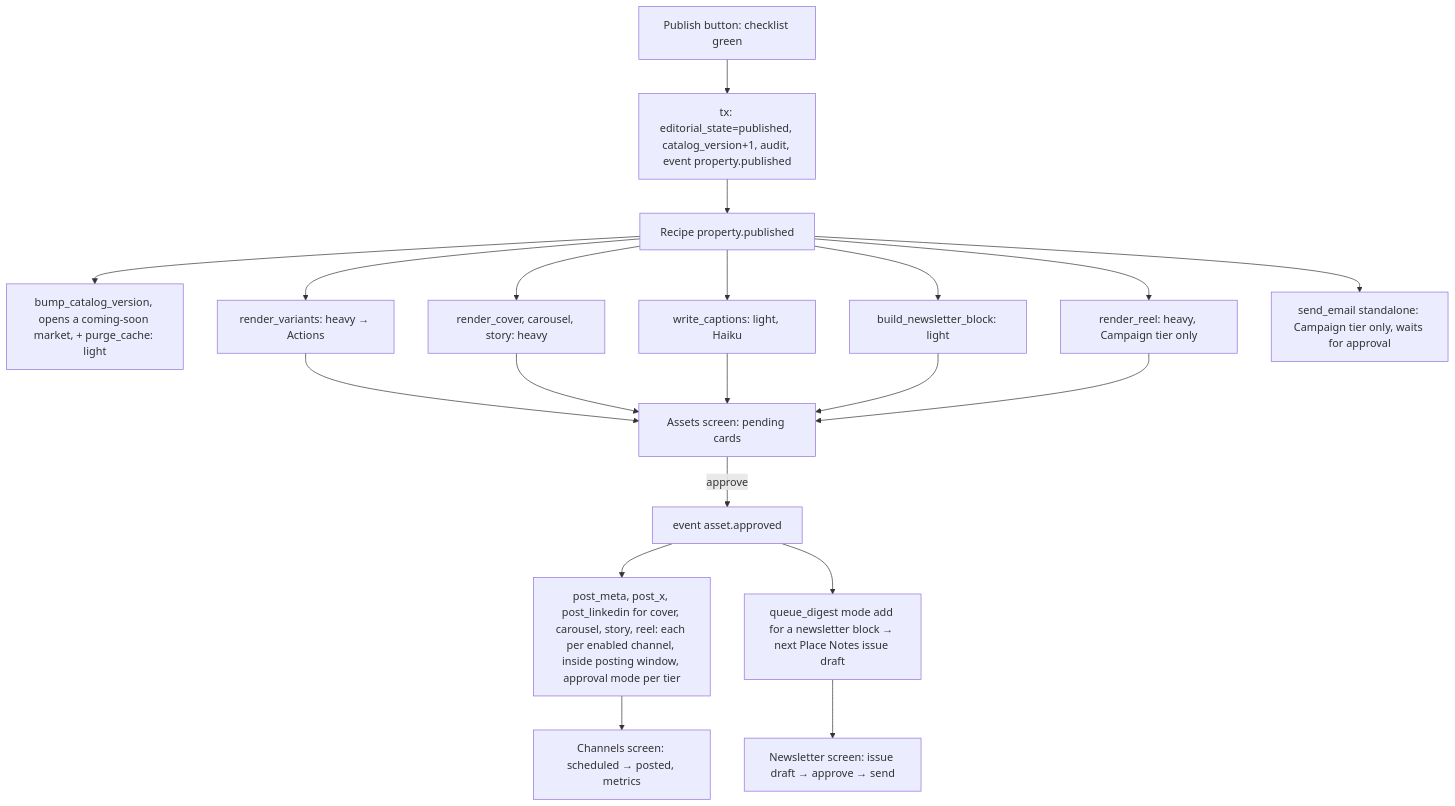
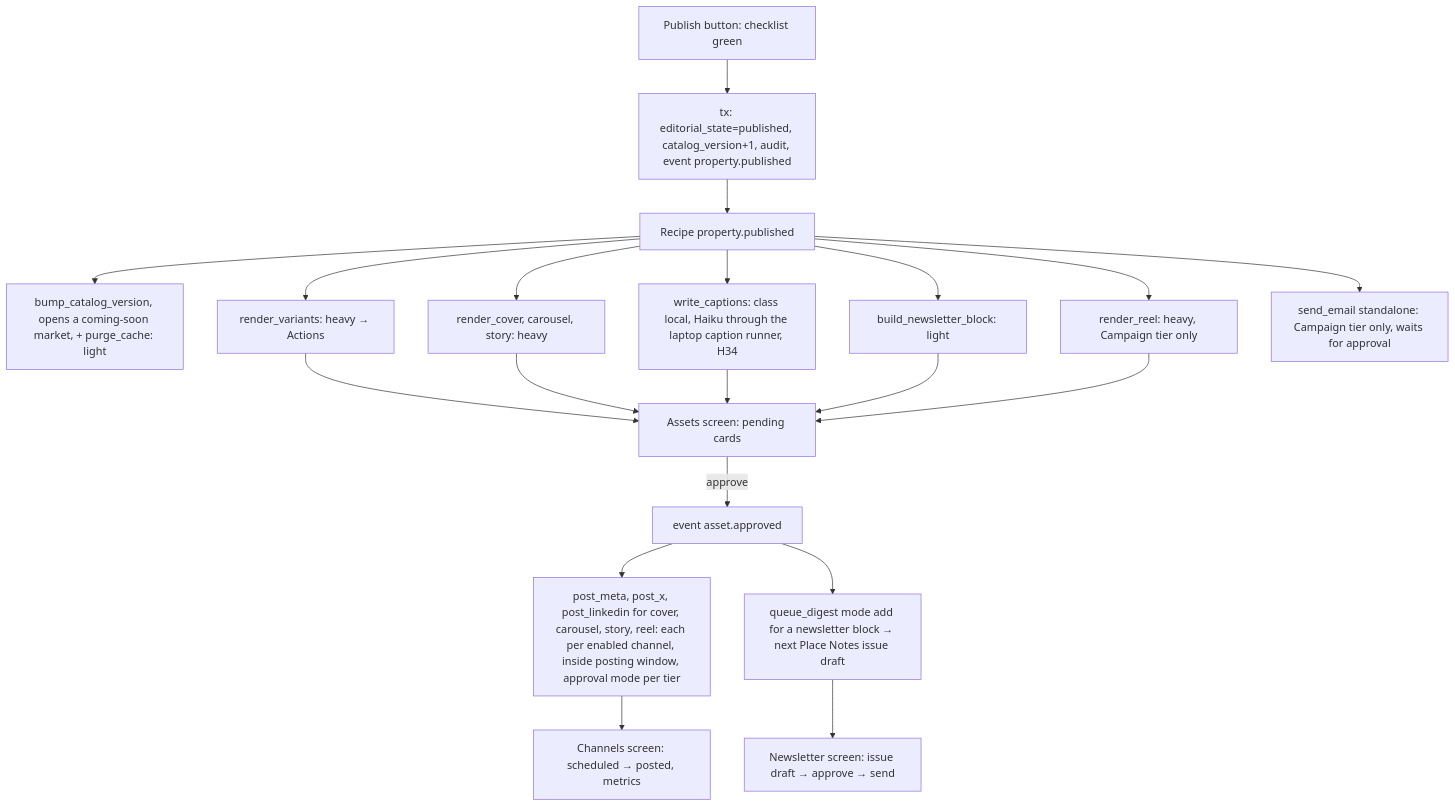
The third of 3 diagrams in workspace/03-diagrams/admin-screens.md (AbdulrahmanAmer/matter-of-place), drawn with Mermaid before and after one commit. The commit also changed other lines of this file and 84 other files, not shown here.

First line of the commit message:
Plans rewritten for three operator decisions: no R2 (Supabase Storage, /media route), captions through the laptop runner, one database with a launch switch; rulings H33 to H37; own files in line

````diff
--- a/workspace/03-diagrams/admin-screens.md
+++ b/workspace/03-diagrams/admin-screens.md
@@ -79,18 +79,18 @@
 ```mermaid
 flowchart TB
   PUB[Publish button: checklist green] --> TX[tx: editorial_state=published, catalog_version+1, audit, event property.published]
   TX --> REC[Recipe property.published]
   REC --> J1[bump_catalog_version, opens a coming-soon market, + purge_cache: light]
   REC --> J2[render_variants: heavy → Actions]
   REC --> J3[render_cover, carousel, story: heavy]
-  REC --> J4[write_captions: light, Haiku]
+  REC --> J4[write_captions: class local, Haiku through the laptop caption runner, H34]
   REC --> J5[build_newsletter_block: light]
   REC --> J6[render_reel: heavy, Campaign tier only]
   REC --> J7[send_email standalone: Campaign tier only, waits for approval]
   J2 & J3 & J4 & J5 & J6 --> AS[Assets screen: pending cards]
   AS -->|approve| EV2[event asset.approved]
   EV2 --> PM[post_meta, post_x, post_linkedin for cover, carousel, story, reel: each per enabled channel, inside posting window, approval mode per tier]
   EV2 --> QD[queue_digest mode add for a newsletter block → next Place Notes issue draft]
   PM --> CH[Channels screen: scheduled → posted, metrics]
   QD --> NL[Newsletter screen: issue draft → approve → send]
 ```
````
